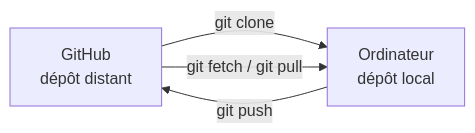
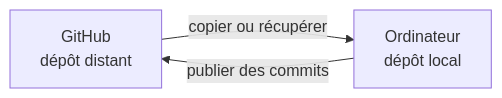
One commit to ENSTARobotics/tutorial-git-vscode changed the diagram in .github/steps/1-clone-and-branch.md. Above: the diagram before and after it, drawn with Mermaid. The commit also changed other lines of this file and 6 other files, not shown here.

````diff
--- a/.github/steps/1-clone-and-branch.md
+++ b/.github/steps/1-clone-and-branch.md
@@ -9,6 +11,5 @@
 ```mermaid
 flowchart LR
-    A[GitHub<br/>dépôt distant] -->|git clone| B[Ordinateur<br/>dépôt local]
-    B -->|git push| A
-    A -->|git fetch / git pull| B
+    A[GitHub<br/>dépôt distant] -->|copier ou récupérer| B[Ordinateur<br/>dépôt local]
+    B -->|publier des commits| A
 ```
````
